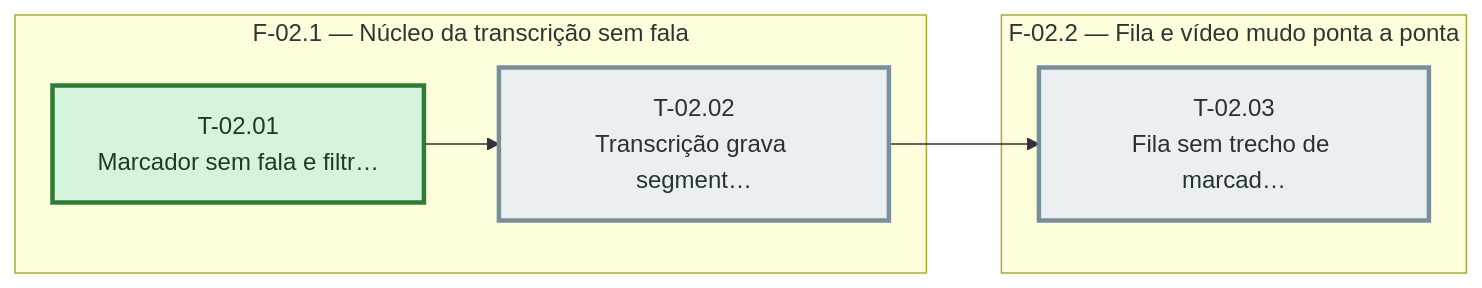
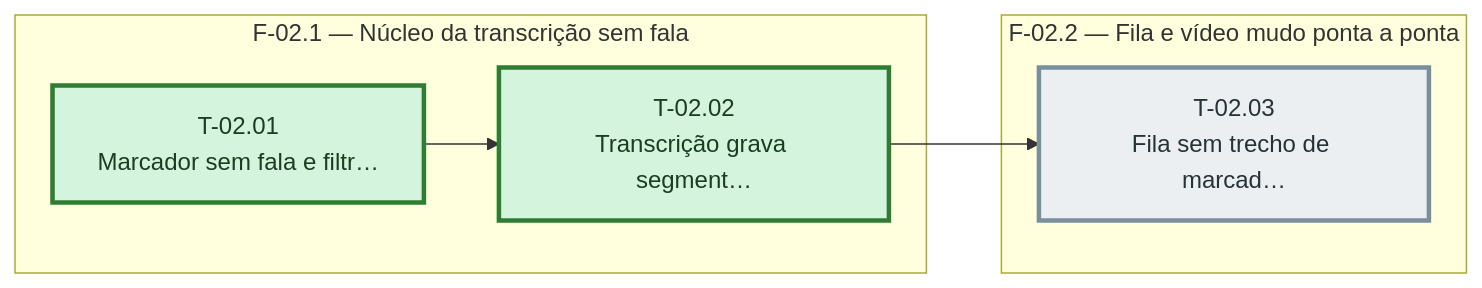
Before and after one commit to bittencourtthulio/converse-chatbot: the diagram in docs/robustez-de-midia-e-operacao/sprint-02/fases.md, drawn with Mermaid. The commit also changed 6 other files, not shown here.

````diff
--- a/docs/robustez-de-midia-e-operacao/sprint-02/fases.md
+++ b/docs/robustez-de-midia-e-operacao/sprint-02/fases.md
@@ -31,23 +31,24 @@
 ```mermaid
 %% Grafo de tasks — sprint-02 — gerado pela sprintx a partir de tasks.md
 flowchart LR
   subgraph fase_02_1["F-02.1 — Núcleo da transcrição sem fala"]
     T_02_01["T-02.01<br/>Marcador sem fala e filtr…"]
     T_02_02["T-02.02<br/>Transcrição grava segment…"]
   end
   subgraph fase_02_2["F-02.2 — Fila e vídeo mudo ponta a ponta"]
     T_02_03["T-02.03<br/>Fila sem trecho de marcad…"]
   end
   T_02_01 --> T_02_02
   T_02_02 --> T_02_03
 
   classDef concluida fill:#d4f4dd,stroke:#2e7d32,color:#1b3d20
   classDef andamento fill:#fff3cd,stroke:#b8860b,color:#4a3800
   classDef bloqueada fill:#f8d7da,stroke:#c62828,color:#4a1d1f
   classDef pendente  fill:#eceff1,stroke:#78909c,color:#263238
   classDef critico   stroke-width:3px
 
-  class T_02_02,T_02_03 pendente
+  class T_02_03 pendente
   class T_02_01 concluida
+  class T_02_02 concluida
   class T_02_01,T_02_02,T_02_03 critico
 ```
````
